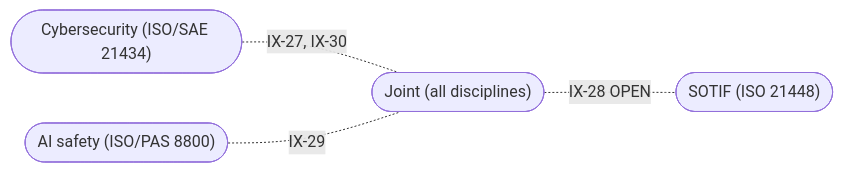
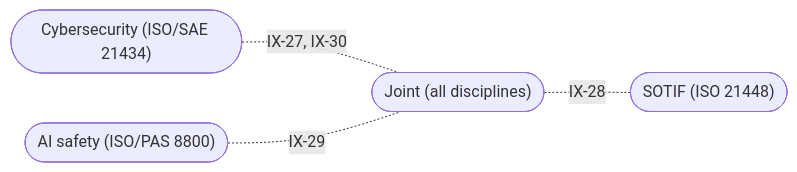
The second of 2 diagrams in assurance/process/maps/g6-operation.md (jherrodthomas/LionDriver), drawn with Mermaid before and after one commit. The commit also changed other lines of this file and 6 other files, not shown here.

````diff
--- a/assurance/process/maps/g6-operation.md
+++ b/assurance/process/maps/g6-operation.md
@@ -31,10 +31,10 @@
 ```mermaid
 flowchart LR
   joint(["Joint (all disciplines)"])
   sotif(["SOTIF (ISO 21448)"])
   ai(["AI safety (ISO/PAS 8800)"])
   cs(["Cybersecurity (ISO/SAE 21434)"])
   cs -. "IX-27, IX-30" .- joint
-  joint -. "IX-28 OPEN" .- sotif
+  joint -. "IX-28" .- sotif
   ai -. "IX-29" .- joint
 ```
````
